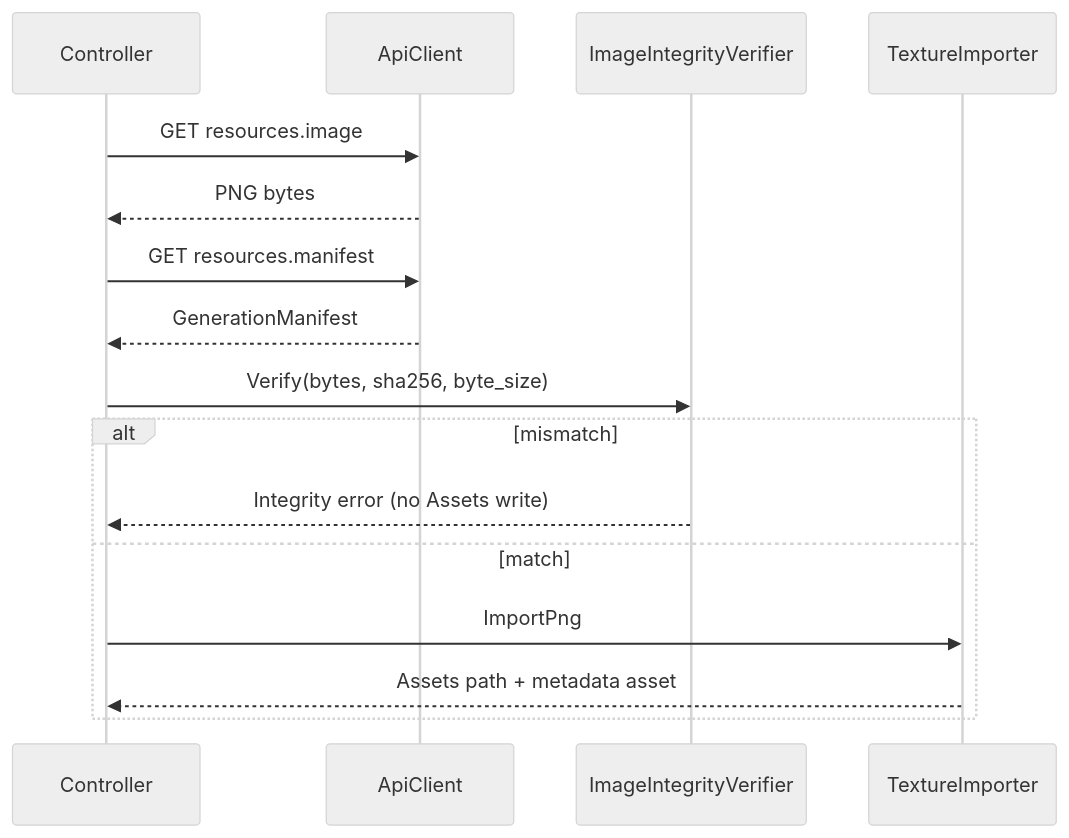
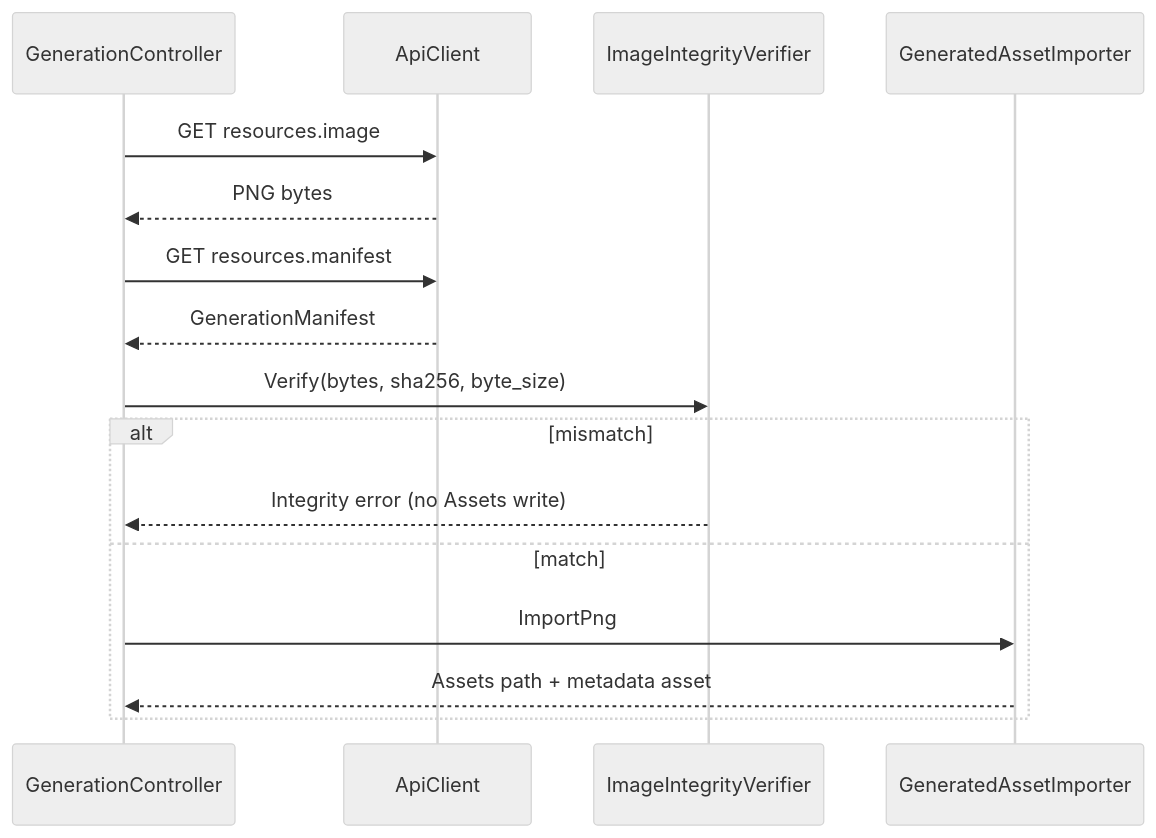
The tenth of 10 diagrams in ARCHITECTURE.md (skepticworks/Unity-AI-Asset-Generator), drawn with Mermaid (neutral theme) before and after one commit. The commit also changed other lines of this file and 40 other files, not shown here.

First line of the commit message:
Consolidate architecture for Milestone 4.5 without changing product behavior.

````diff
--- a/ARCHITECTURE.md
+++ b/ARCHITECTURE.md
@@ -236,19 +240,19 @@
 ```mermaid
 sequenceDiagram
-    participant Ctrl as Controller
+    participant Ctrl as GenerationController
     participant Client as ApiClient
     participant Ver as ImageIntegrityVerifier
-    participant Imp as TextureImporter
+    participant Imp as GeneratedAssetImporter
 
     Ctrl->>Client: GET resources.image
     Client-->>Ctrl: PNG bytes
     Ctrl->>Client: GET resources.manifest
     Client-->>Ctrl: GenerationManifest
     Ctrl->>Ver: Verify(bytes, sha256, byte_size)
     alt mismatch
         Ver-->>Ctrl: Integrity error (no Assets write)
     else match
         Ctrl->>Imp: ImportPng
         Imp-->>Ctrl: Assets path + metadata asset
     end
 ```
````
